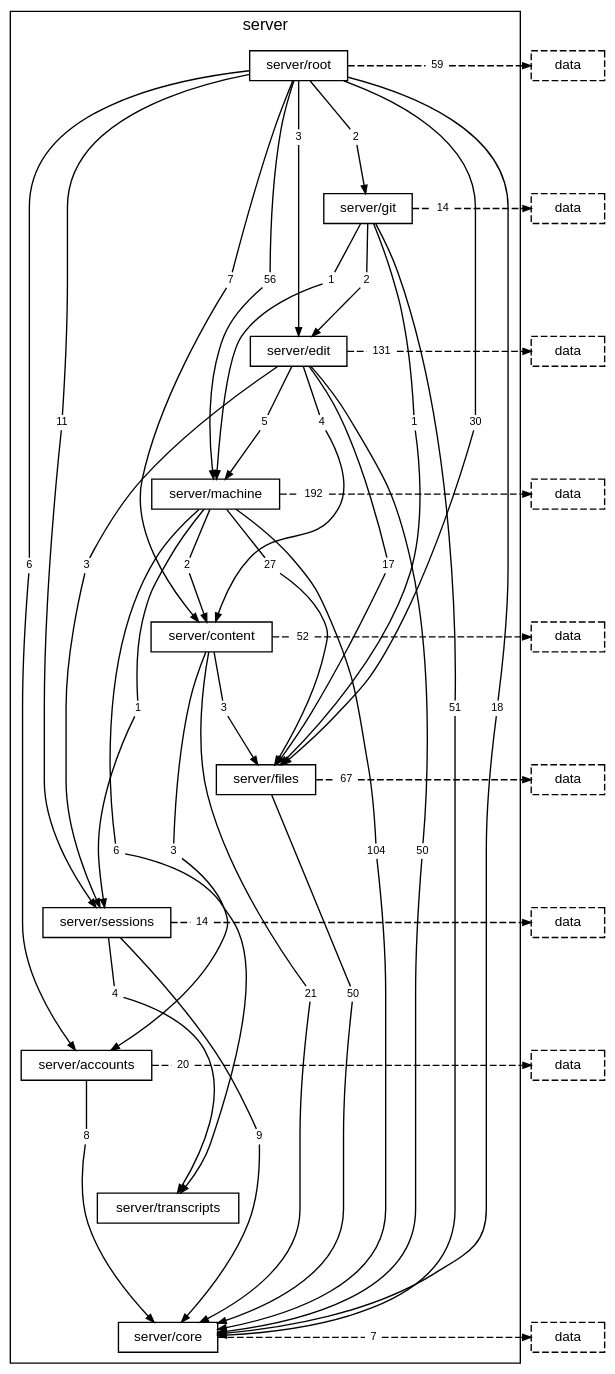
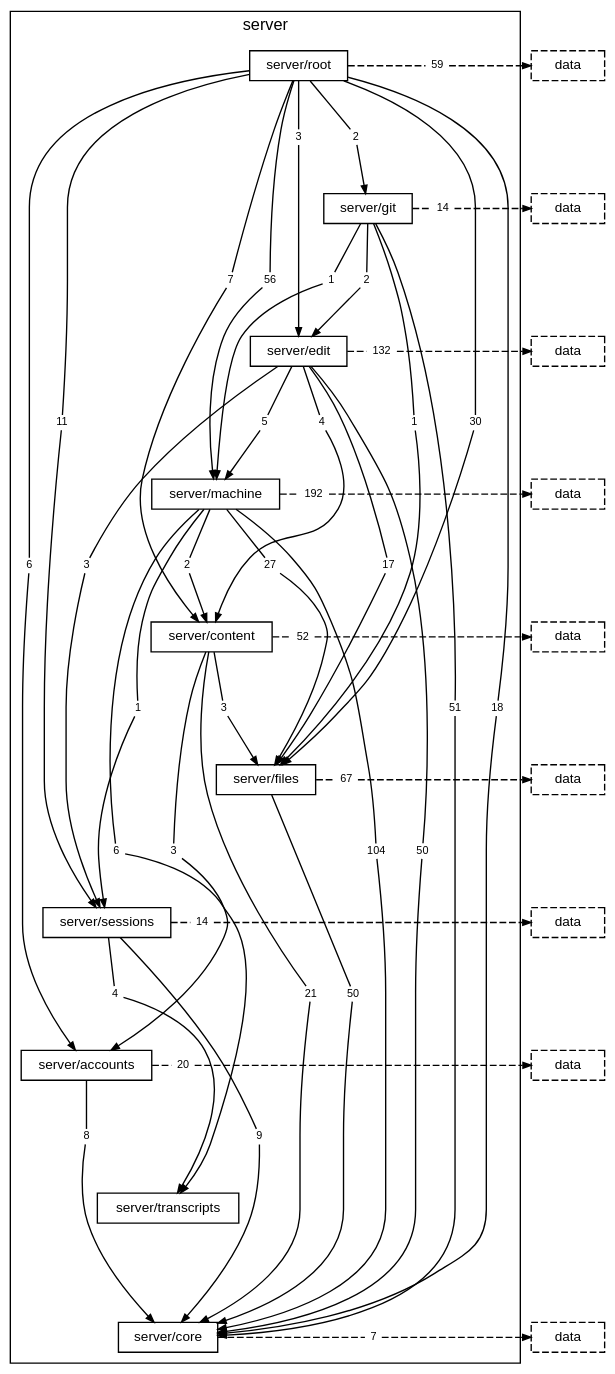
The diagram in docs/diagrams/layer-server.dot (TheAxeC/oculus), drawn with Graphviz before and after one commit. The commit also changed 22 other files, not shown here.

```diff
--- a/docs/diagrams/layer-server.dot
+++ b/docs/diagrams/layer-server.dot
@@ -33,7 +33,7 @@
         "folder server/edit to folder server/files" [label="17", shape=box, color="transparent", fontsize=8, width=0, height=0, margin="0.04,0.02"];
         "folder server/edit to folder server/machine" [label="5", shape=box, color="transparent", fontsize=8, width=0, height=0, margin="0.04,0.02"];
         "folder server/edit to folder server/sessions" [label="3", shape=box, color="transparent", fontsize=8, width=0, height=0, margin="0.04,0.02"];
-        "folder server/edit to layer data" [label="131", shape=box, color="transparent", fontsize=8, width=0, height=0, margin="0.04,0.02"];
+        "folder server/edit to layer data" [label="132", shape=box, color="transparent", fontsize=8, width=0, height=0, margin="0.04,0.02"];
         "folder server/machine to folder server/content" [label="2", shape=box, color="transparent", fontsize=8, width=0, height=0, margin="0.04,0.02"];
         "folder server/machine to folder server/core" [label="104", shape=box, color="transparent", fontsize=8, width=0, height=0, margin="0.04,0.02"];
         "folder server/machine to folder server/files" [label="27", shape=box, color="transparent", fontsize=8, width=0, height=0, margin="0.04,0.02"];
```
